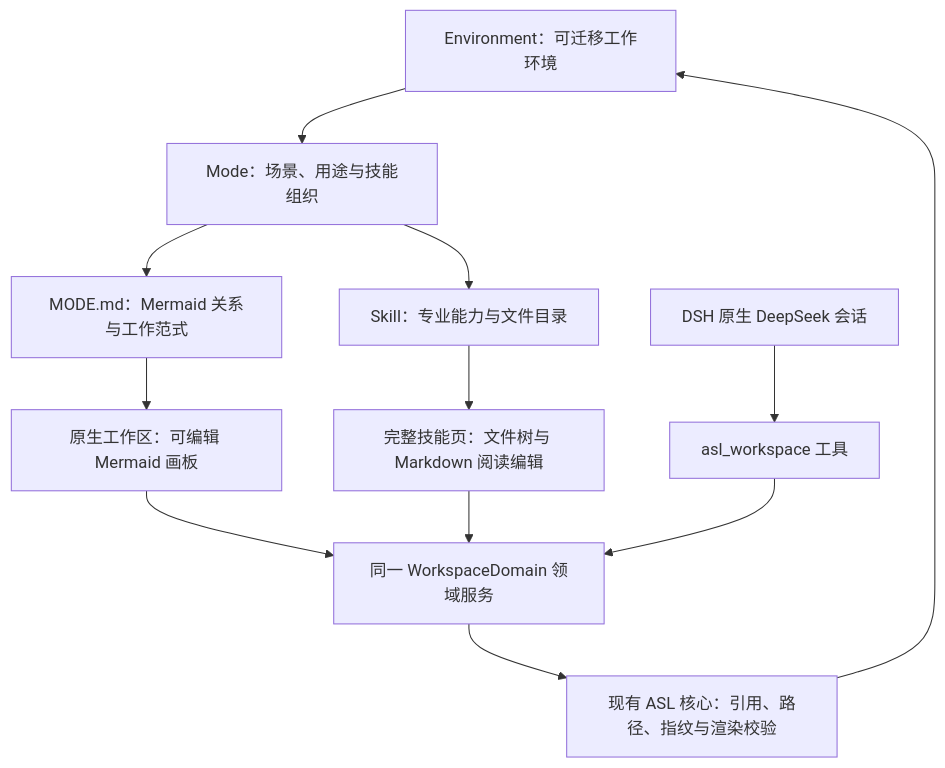
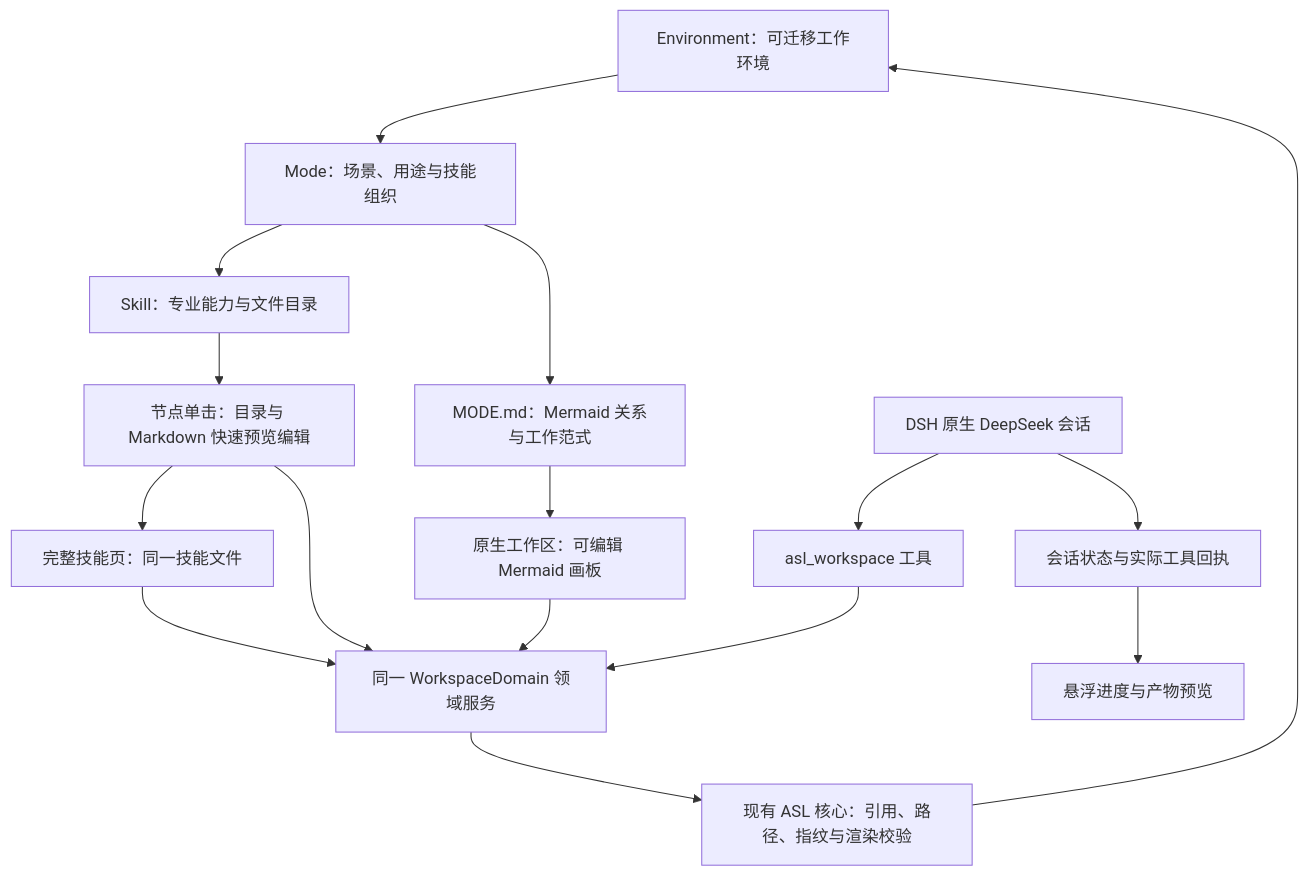
The diagram in ARCHITECTURE.md (qihangzhang-272/dsh-asl), drawn with Mermaid before and after one commit. The commit also changed other lines of this file and 12 other files, not shown here.

````diff
--- a/ARCHITECTURE.md
+++ b/ARCHITECTURE.md
@@ -9,14 +9,18 @@
 ```mermaid
 flowchart TB
   E[Environment：可迁移工作环境] --> M[Mode：场景、用途与技能组织]
   M --> S[Skill：专业能力与文件目录]
   M --> D[MODE.md：Mermaid 关系与工作范式]
   D --> B[原生工作区：可编辑 Mermaid 画板]
-  S --> F[完整技能页：文件树与 Markdown 阅读编辑]
+  S --> P[节点单击：目录与 Markdown 快速预览编辑]
+  P --> F[完整技能页：同一技能文件]
+  P --> V
   B --> V[同一 WorkspaceDomain 领域服务]
   F --> V
   H[DSH 原生 DeepSeek 会话] --> T[asl_workspace 工具]
   T --> V
+  H --> R[会话状态与实际工具回执]
+  R --> A[悬浮进度与产物预览]
   V --> C[现有 ASL 核心：引用、路径、指纹与渲染校验]
   C --> E
 ```
````
